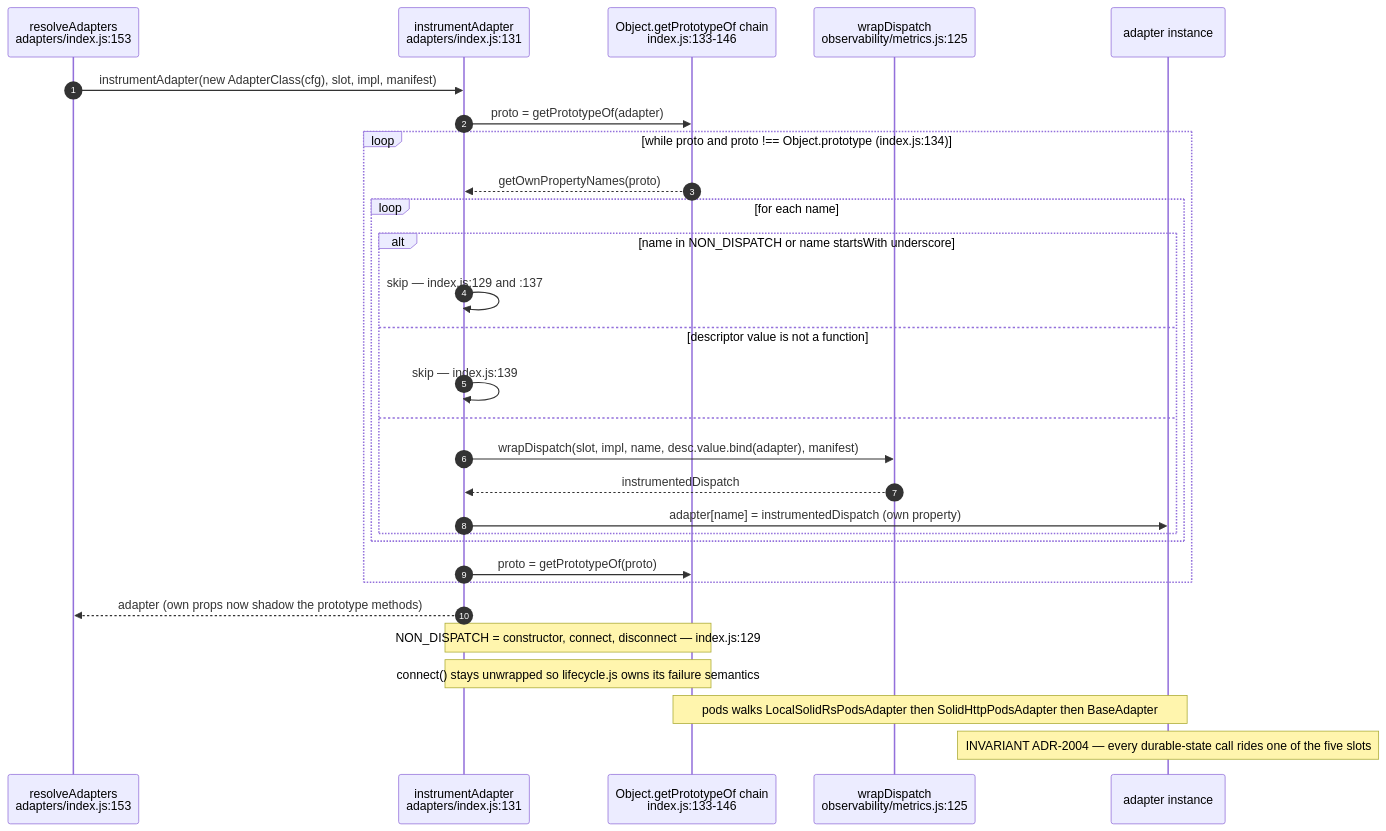
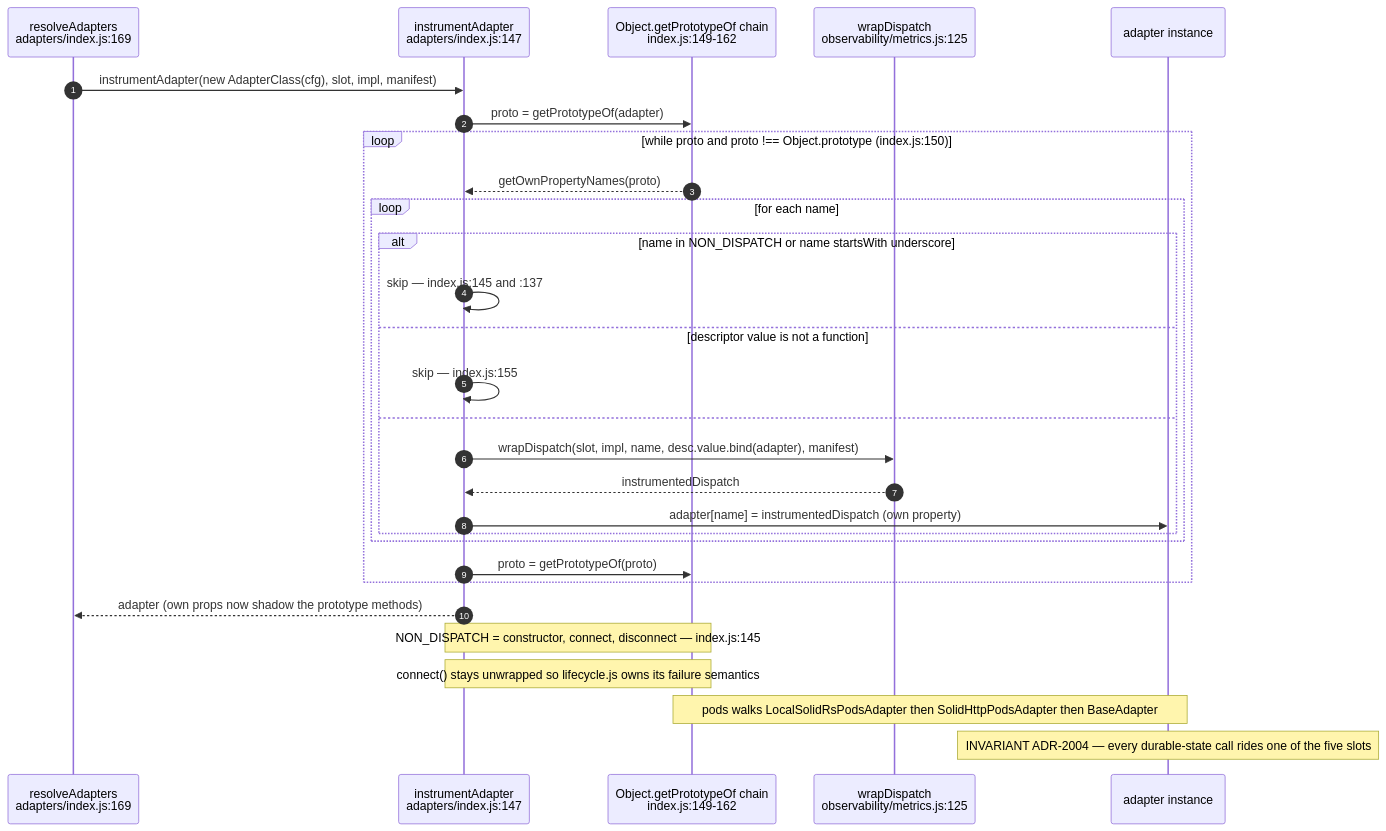
Before and after one commit to DreamLab-AI/AR-AI-Knowledge-Graph: the third of 16 diagrams in docs/diagrams/agentbox/04-adapter-spine.md, drawn with Mermaid. The commit also changed other lines of this file and 73 other files, not shown here.

First line of the commit message:
docs(diagrams): re-verify all 71 topic files against HEAD; add --cite-check

````diff
--- a/docs/diagrams/agentbox/04-adapter-spine.md
+++ b/docs/diagrams/agentbox/04-adapter-spine.md
@@ -143,32 +144,32 @@
 ```mermaid
 sequenceDiagram
     autonumber
-    participant RA as resolveAdapters<br/>adapters/index.js:153
-    participant IA as instrumentAdapter<br/>adapters/index.js:131
-    participant PR as Object.getPrototypeOf chain<br/>index.js:133-146
+    participant RA as resolveAdapters<br/>adapters/index.js:169
+    participant IA as instrumentAdapter<br/>adapters/index.js:147
+    participant PR as Object.getPrototypeOf chain<br/>index.js:149-162
     participant WD as wrapDispatch<br/>observability/metrics.js:125
     participant A as adapter instance
 
     RA->>IA: instrumentAdapter(new AdapterClass(cfg), slot, impl, manifest)
     IA->>PR: proto = getPrototypeOf(adapter)
-    loop while proto and proto !== Object.prototype (index.js:134)
+    loop while proto and proto !== Object.prototype (index.js:150)
         PR-->>IA: getOwnPropertyNames(proto)
         loop for each name
             alt name in NON_DISPATCH or name startsWith underscore
-                IA->>IA: skip — index.js:129 and :137
+                IA->>IA: skip — index.js:145 and :137
             else descriptor value is not a function
-                IA->>IA: skip — index.js:139
+                IA->>IA: skip — index.js:155
             else
                 IA->>WD: wrapDispatch(slot, impl, name, desc.value.bind(adapter), manifest)
                 WD-->>IA: instrumentedDispatch
                 IA->>A: adapter[name] = instrumentedDispatch (own property)
             end
         end
         IA->>PR: proto = getPrototypeOf(proto)
     end
     IA-->>RA: adapter (own props now shadow the prototype methods)
-    Note over IA,PR: NON_DISPATCH = constructor, connect, disconnect — index.js:129
+    Note over IA,PR: NON_DISPATCH = constructor, connect, disconnect — index.js:145
     Note over IA,PR: connect() stays unwrapped so lifecycle.js owns its failure semantics
     Note over PR,A: pods walks LocalSolidRsPodsAdapter then SolidHttpPodsAdapter then BaseAdapter
     Note over A: INVARIANT ADR-2004 — every durable-state call rides one of the five slots
 ```
````
